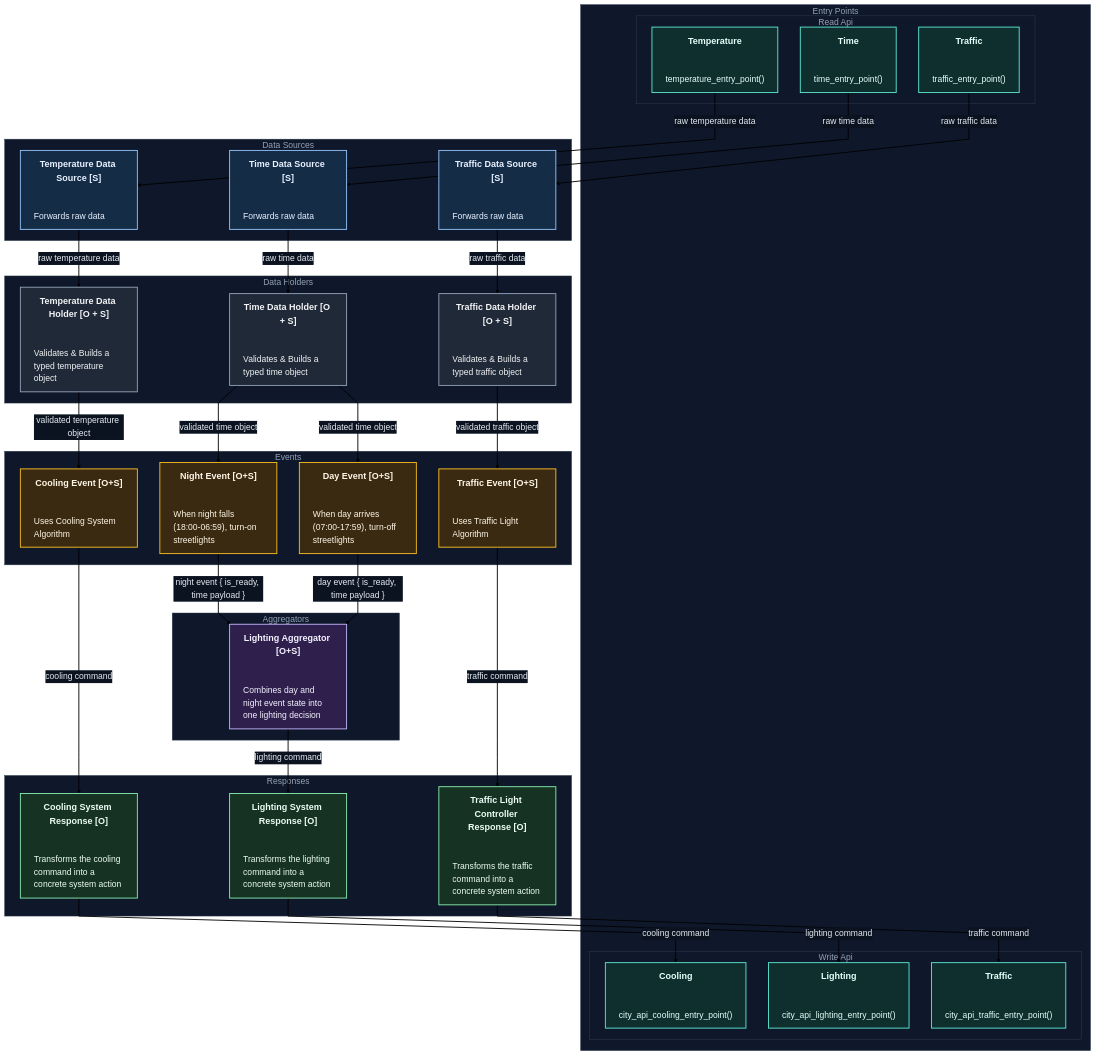
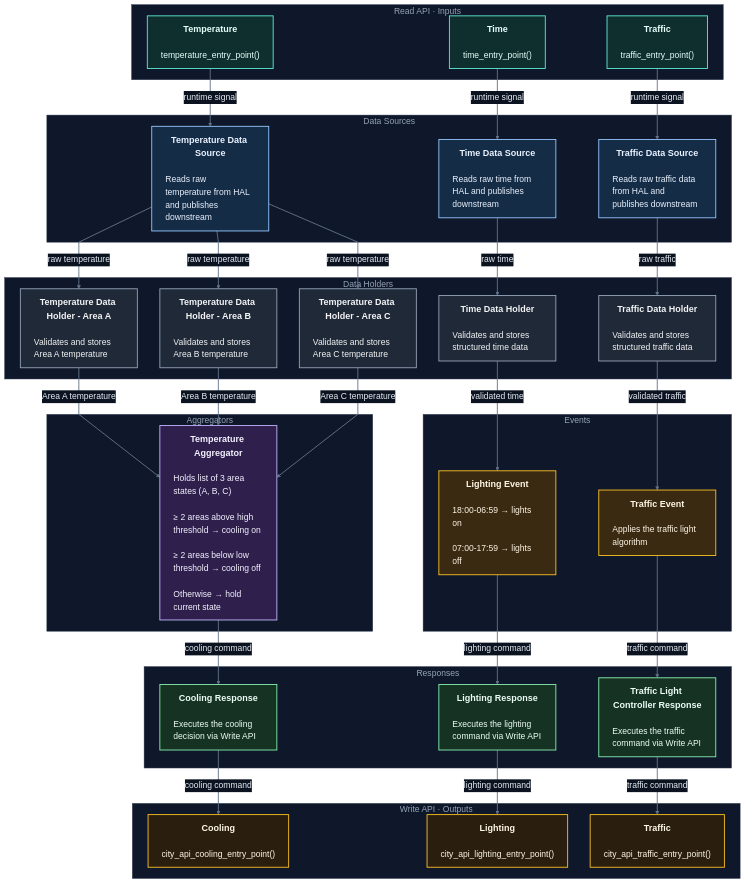
The diagram in docs/overview.md (orsha2/Smart-City), drawn with Mermaid before and after one commit. The commit also changed other lines of this file and 9 other files, not shown here.

````diff
--- a/docs/overview.md
+++ b/docs/overview.md
@@ -11,180 +11,161 @@
 "primaryTextColor": "#e6edf3",
 "secondaryTextColor": "#cbd5e1",
 "tertiaryTextColor": "#94a3b8",
-"lineColor": "#000000",
+"lineColor": "#64748b",
 "fontFamily": "Inter, Segoe UI, Arial, sans-serif",
 "fontSize": "19px",
 "clusterBkg": "#0f172a",
 "clusterBorder": "#334155",
-"defaultLinkColor": "#000000",
+"defaultLinkColor": "#64748b",
 "nodeBorder": "#475569",
 "edgeLabelBackground": "#0b1220"
 }
 }}%%
-
 flowchart TD
 
-%% Entry Points
-subgraph ENTRY POINTS["Entry Points"]
+%% Read API
+subgraph READ_API["Read API · Inputs"]
 
-subgraph READ_API["Read Api"]
-
-INPUT_TEMP["<div style='text-align:center;font-size:20px;font-weight:700;'>Temperature</div>
-
+INPUT_TEMPERATURE["<div style='text-align:center;font-size:20px;font-weight:700;'>Temperature</div>
 <div style='text-align:left'>temperature_entry_point()</div>"]
 
 INPUT_TIME["<div style='text-align:center;font-size:20px;font-weight:700;'>Time</div>
-
 <div style='text-align:left'>time_entry_point()</div>"]
 
 INPUT_TRAFFIC["<div style='text-align:center;font-size:20px;font-weight:700;'>Traffic</div>
-
 <div style='text-align:left'>traffic_entry_point()</div>"]
 
 end
 
-subgraph WRITE_API["Write Api"]
+%% Data Sources
+subgraph DATASOURCES["Data Sources"]
 
-OUTPUT_COOL["<div style='text-align:center;font-size:20px;font-weight:700;'>Cooling</div>
+DS_TEMPERATURE["<div style='text-align:center;font-size:20px;font-weight:700;'>Temperature Data Source</div>
+<div style='text-align:left'>Reads raw temperature from HAL and publishes downstream</div>"]
 
-<div style='text-align:left'>city_api_cooling_entry_point()</div>"]
+DS_TIME["<div style='text-align:center;font-size:20px;font-weight:700;'>Time Data Source</div>
+<div style='text-align:left'>Reads raw time from HAL and publishes downstream</div>"]
 
-OUTPUT_LIGHT["<div style='text-align:center;font-size:20px;font-weight:700;'>Lighting</div>
-
-<div style='text-align:left'>city_api_lighting_entry_point()"]
-
-OUTPUT_TRAFFIC["<div style='text-align:center;font-size:20px;font-weight:700;'>Traffic</div>
-
-<div style='text-align:left'>city_api_traffic_entry_point()</div>"]
+DS_TRAFFIC["<div style='text-align:center;font-size:20px;font-weight:700;'>Traffic Data Source</div>
+<div style='text-align:left'>Reads raw traffic data from HAL and publishes downstream</div>"]
 
 end
 
-end
+%% Data Holders
+subgraph DATAHOLDERS["Data Holders"]
 
-%% Data sources
-subgraph DATASOURCES["Data Sources"]
+DH_TEMPERATURE_A["<div style='text-align:center;font-size:20px;font-weight:700;'>Temperature Data Holder - Area A</div>
+<div style='text-align:left'>Validates and stores Area A temperature</div>"]
 
-DS_TEMP["<div style='text-align:center;font-size:20px;font-weight:700;'>Temperature Data Source [S]</div>
+DH_TEMPERATURE_B["<div style='text-align:center;font-size:20px;font-weight:700;'>Temperature Data Holder - Area B</div>
+<div style='text-align:left'>Validates and stores Area B temperature</div>"]
 
-<div style='text-align:left'>Forwards raw data</div>"]
+DH_TEMPERATURE_C["<div style='text-align:center;font-size:20px;font-weight:700;'>Temperature Data Holder - Area C</div>
+<div style='text-align:left'>Validates and stores Area C temperature</div>"]
 
-DS_TIME["<div style='text-align:center;font-size:20px;font-weight:700;'>Time Data Source [S]</div>
+DH_TIME["<div style='text-align:center;font-size:20px;font-weight:700;'>Time Data Holder</div>
+<div style='text-align:left'>Validates and stores structured time data</div>"]
 
-<div style='text-align:left'>Forwards raw data</div>"]
-
-DS_TRAFFIC["<div style='text-align:center;font-size:20px;font-weight:700;'>Traffic Data Source [S]</div>
-
-<div style='text-align:left'>Forwards raw data</div>"]
+DH_TRAFFIC["<div style='text-align:center;font-size:20px;font-weight:700;'>Traffic Data Holder</div>
+<div style='text-align:left'>Validates and stores structured traffic data</div>"]
 
 end
 
-%% Data holders
-subgraph DATAHOLDERS["Data Holders"]
+%% Aggregators
+subgraph AGGREGATORS["Aggregators"]
 
-DH_TEMP["<div style='text-align:center;font-size:20px;font-weight:700;'>Temperature Data Holder [O + S]</div>
-
-<div style='text-align:left'>Validates & Builds a typed temperature object</div>"]
-
-DH_TIME["<div style='text-align:center;font-size:20px;font-weight:700;'>Time Data Holder [O + S]</div>
-
-<div style='text-align:left'>Validates & Builds a typed time object</div>"]
-
-DH_TRAFFIC["<div style='text-align:center;font-size:20px;font-weight:700;'>Traffic Data Holder [O + S]</div>
-
-<div style='text-align:left'>Validates & Builds a typed traffic object</div>"]
+AGG_TEMPERATURE["<div style='text-align:center;font-size:20px;font-weight:700;'>Temperature Aggregator</div>
+<div style='text-align:left'>Holds list of 3 area states (A, B, C)</div>
+<div style='text-align:left'>≥ 2 areas above high threshold → cooling on</div>
+<div style='text-align:left'>≥ 2 areas below low threshold → cooling off</div>
+<div style='text-align:left'>Otherwise → hold current state</div>"]
 
 end
 
 %% Events
 subgraph EVENTS["Events"]
 
-EV_COOL["<div style='text-align:center;font-size:20px;font-weight:700;'>Cooling Event [O+S]</div>
+EV_LIGHT["<div style='text-align:center;font-size:20px;font-weight:700;'>Lighting Event</div>
+<div style='text-align:left'>18:00-06:59 → lights on</div>
+<div style='text-align:left'>07:00-17:59 → lights off</div>"]
 
-<div style='text-align:left'>Uses Cooling System Algorithm</div>"]
-
-EV_NIGHT["<div style='text-align:center;font-size:20px;font-weight:700;'>Night Event [O+S]</div>
-
-<div style='text-align:left'>When night falls (18:00-06:59), turn-on streetlights</div>"]
-
-EV_DAY["<div style='text-align:center;font-size:20px;font-weight:700;'>Day Event [O+S]</div>
-
-<div style='text-align:left'>When day arrives (07:00-17:59), turn-off streetlights</div>"]
-
-EV_TRAFFIC["<div style='text-align:center;font-size:20px;font-weight:700;'>Traffic Event [O+S]</div>
-
-<div style='text-align:left'>Uses Traffic Light Algorithm</div>"]
+EV_TRAFFIC["<div style='text-align:center;font-size:20px;font-weight:700;'>Traffic Event</div>
+<div style='text-align:left'>Applies the traffic light algorithm</div>"]
 
 end
 
-%% Aggregators
-subgraph AGGREGATORS["Aggregators"]
+%% Responses
+subgraph RESPONSES["Responses"]
 
-AGG_LIGHT["<div style='text-align:center;font-size:20px;font-weight:700;'>Lighting Aggregator [O+S]</div>
+RESP_COOL["<div style='text-align:center;font-size:20px;font-weight:700;'>Cooling Response</div>
+<div style='text-align:left'>Executes the cooling decision via Write API</div>"]
 
-<div style='text-align:left'>Combines day and night event state into one lighting decision</div>"]
+RESP_LIGHT["<div style='text-align:center;font-size:20px;font-weight:700;'>Lighting Response</div>
+<div style='text-align:left'>Executes the lighting command via Write API</div>"]
+
+RESP_TRAFFIC["<div style='text-align:center;font-size:20px;font-weight:700;'>Traffic Light Controller Response</div>
+<div style='text-align:left'>Executes the traffic command via Write API</div>"]
 
 end
 
-%% Response
-subgraph Responses["Responses"]
+%% Write API
+subgraph WRITE_API["Write API · Outputs"]
 
-EFF_COOL["<div style='text-align:center;font-size:20px;font-weight:700;'>Cooling System Response [O]</div>
+OUTPUT_COOL["<div style='text-align:center;font-size:20px;font-weight:700;'>Cooling</div>
+<div style='text-align:left'>city_api_cooling_entry_point()</div>"]
 
-<div style='text-align:left'>Transforms the cooling command into a concrete system action</div>"]
+OUTPUT_LIGHT["<div style='text-align:center;font-size:20px;font-weight:700;'>Lighting</div>
+<div style='text-align:left'>city_api_lighting_entry_point()</div>"]
 
-EFF_LIGHT["<div style='text-align:center;font-size:20px;font-size:20px;font-weight:700;'>Lighting System Response [O]</div>
-
-<div style='text-align:left'>Transforms the lighting command into a concrete system action</div>"]
-
-EFF_TRAFFIC["<div style='text-align:center;font-size:20px;font-weight:700;'>Traffic Light Controller Response [O]</div>
-
-<div style='text-align:left'>Transforms the traffic command into a concrete system action</div>"]
+OUTPUT_TRAFFIC["<div style='text-align:center;font-size:20px;font-weight:700;'>Traffic</div>
+<div style='text-align:left'>city_api_traffic_entry_point()</div>"]
 
 end
 
 %% Flow
+INPUT_TEMPERATURE -- "runtime signal" -->DS_TEMPERATURE
+INPUT_TIME -- "runtime signal" -->DS_TIME
+INPUT_TRAFFIC -- "runtime signal" -->DS_TRAFFIC
 
-INPUT_TEMP -- "raw temperature data" --> DS_TEMP
-INPUT_TIME -- "raw time data" --> DS_TIME
-INPUT_TRAFFIC -- "raw traffic data" --> DS_TRAFFIC
+DS_TEMPERATURE -- "raw temperature" --> DH_TEMPERATURE_A
+DS_TEMPERATURE -- "raw temperature" --> DH_TEMPERATURE_B
+DS_TEMPERATURE -- "raw temperature" --> DH_TEMPERATURE_C
 
-DS_TEMP -- "raw temperature data" --> DH_TEMP
-DS_TIME -- "raw time data" --> DH_TIME
-DS_TRAFFIC -- "raw traffic data" --> DH_TRAFFIC
+DS_TIME -- "raw time" --> DH_TIME
+DS_TRAFFIC -- "raw traffic" --> DH_TRAFFIC
 
-DH_TEMP -- "validated temperature object" --> EV_COOL
-DH_TIME -- "validated time object" --> EV_NIGHT
-DH_TIME -- "validated time object" --> EV_DAY
-DH_TRAFFIC -- "validated traffic object" --> EV_TRAFFIC
+DH_TEMPERATURE_A -- "Area A temperature" --> AGG_TEMPERATURE
+DH_TEMPERATURE_B -- "Area B temperature" --> AGG_TEMPERATURE
+DH_TEMPERATURE_C -- "Area C temperature" --> AGG_TEMPERATURE
 
-EV_COOL -- "cooling command" --> EFF_COOL
-EV_NIGHT -- "night event { is_ready, time payload }" --> AGG_LIGHT
-EV_DAY -- "day event { is_ready, time payload }" --> AGG_LIGHT
-EV_TRAFFIC -- "traffic command" --> EFF_TRAFFIC
+DH_TIME -- "validated time" --> EV_LIGHT
+DH_TRAFFIC -- "validated traffic" --> EV_TRAFFIC
 
-AGG_LIGHT -- "lighting command" --> EFF_LIGHT
+AGG_TEMPERATURE -- "cooling command" --> RESP_COOL
+EV_LIGHT -- "lighting command" --> RESP_LIGHT
+EV_TRAFFIC -- "traffic command" --> RESP_TRAFFIC
 
-EFF_COOL -- "cooling command" --> OUTPUT_COOL
-EFF_LIGHT -- "lighting command" --> OUTPUT_LIGHT
-EFF_TRAFFIC -- "traffic command" --> OUTPUT_TRAFFIC
+RESP_COOL -- "cooling command" --> OUTPUT_COOL
+RESP_LIGHT -- "lighting command" --> OUTPUT_LIGHT
+RESP_TRAFFIC -- "traffic command" --> OUTPUT_TRAFFIC
 
-%% Node styles
-classDef mainStyle fill:#132033,stroke:#7dd3fc,color:#e6edf3,stroke-width:2px;
-classDef entrypointStyle fill:#0f2f2f,stroke:#5eead4,color:#e6fffb,stroke-width:2px;
+%% Styles
+classDef readApiStyle fill:#0f2f2f,stroke:#5eead4,color:#e6fffb,stroke-width:2px;
+classDef writeApiStyle fill:#2a1f0f,stroke:#fbbf24,color:#fff7e6,stroke-width:2px;
 classDef sourceStyle fill:#142c46,stroke:#93c5fd,color:#eaf2ff,stroke-width:2px;
 classDef holderStyle fill:#1f2937,stroke:#94a3b8,color:#f3f4f6,stroke-width:2px;
-classDef triggerStyle fill:#3a2a12,stroke:#fbbf24,color:#fff7e6,stroke-width:2px;
 classDef aggregatorStyle fill:#2e1f4d,stroke:#c4b5fd,color:#f5f3ff,stroke-width:2px;
+classDef eventStyle fill:#3a2a12,stroke:#fbbf24,color:#fff7e6,stroke-width:2px;
 classDef responseStyle fill:#163223,stroke:#86efac,color:#ecfdf5,stroke-width:2px;
-classDef envStyle fill:#3b1830,stroke:#f9a8d4,color:#fdf2f8,stroke-width:2px;
 
-class INPUT_TEMP,INPUT_TIME,INPUT_TRAFFIC,OUTPUT_COOL,OUTPUT_LIGHT,OUTPUT_TRAFFIC entrypointStyle
-class DS_TEMP,DS_TIME,DS_TRAFFIC sourceStyle
-class DH_TEMP,DH_TIME,DH_TRAFFIC holderStyle
-class EV_COOL,EV_NIGHT,EV_DAY,EV_TRAFFIC triggerStyle
-class AGG_COOL,AGG_LIGHT,AGG_TRAFFIC aggregatorStyle
-class EFF_COOL,EFF_LIGHT,EFF_TRAFFIC responseStyle
+class INPUT_TEMPERATURE,INPUT_TIME,INPUT_TRAFFIC readApiStyle
+class OUTPUT_COOL,OUTPUT_LIGHT,OUTPUT_TRAFFIC writeApiStyle
+class DS_TEMPERATURE,DS_TIME,DS_TRAFFIC sourceStyle
+class DH_TEMPERATURE_A,DH_TEMPERATURE_B,DH_TEMPERATURE_C,DH_TIME,DH_TRAFFIC holderStyle
+class AGG_TEMPERATURE aggregatorStyle
+class EV_LIGHT,EV_TRAFFIC eventStyle
+class RESP_COOL,RESP_LIGHT,RESP_TRAFFIC responseStyle
 
-linkStyle default stroke:#000000,stroke-width:2px
+linkStyle default stroke:#64748b,stroke-width:2px
 
 ```
````
